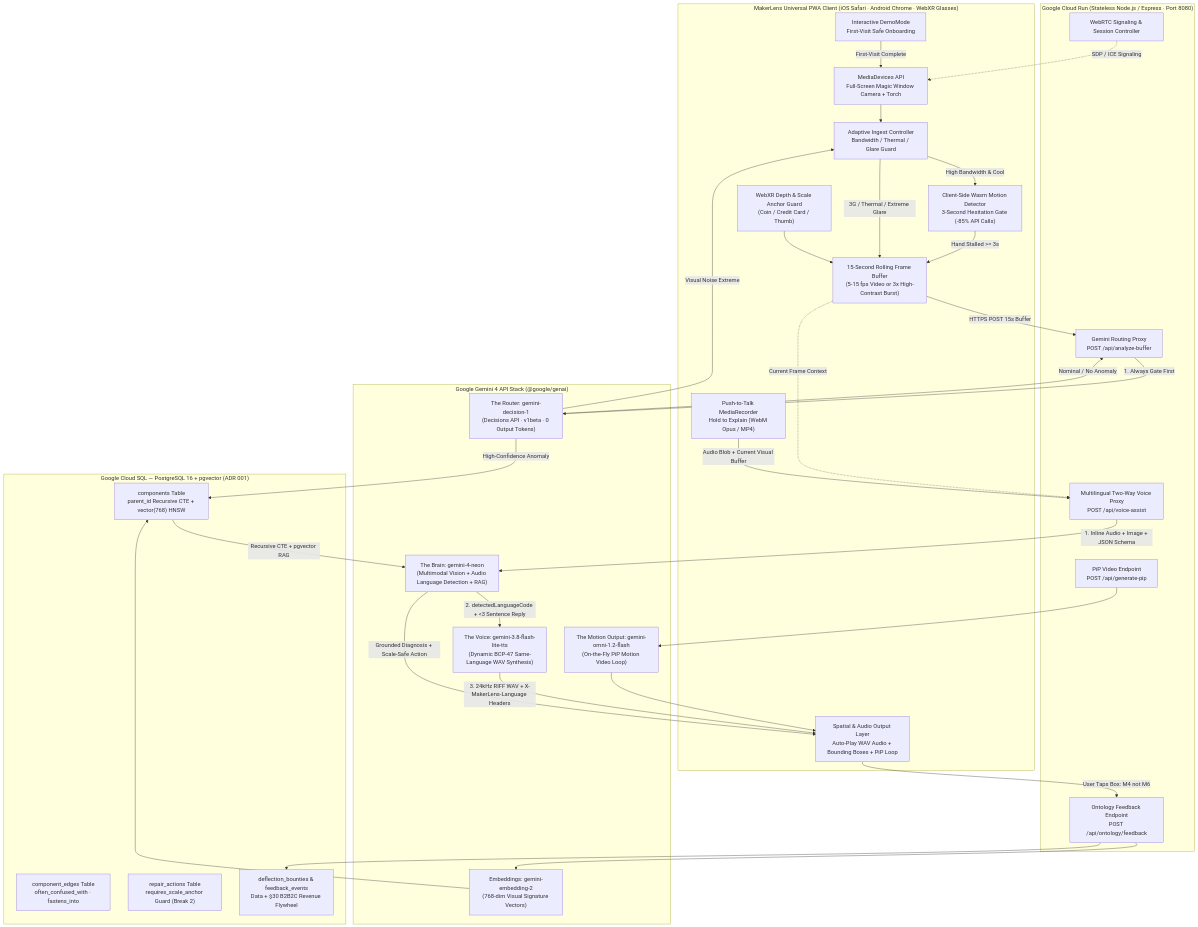
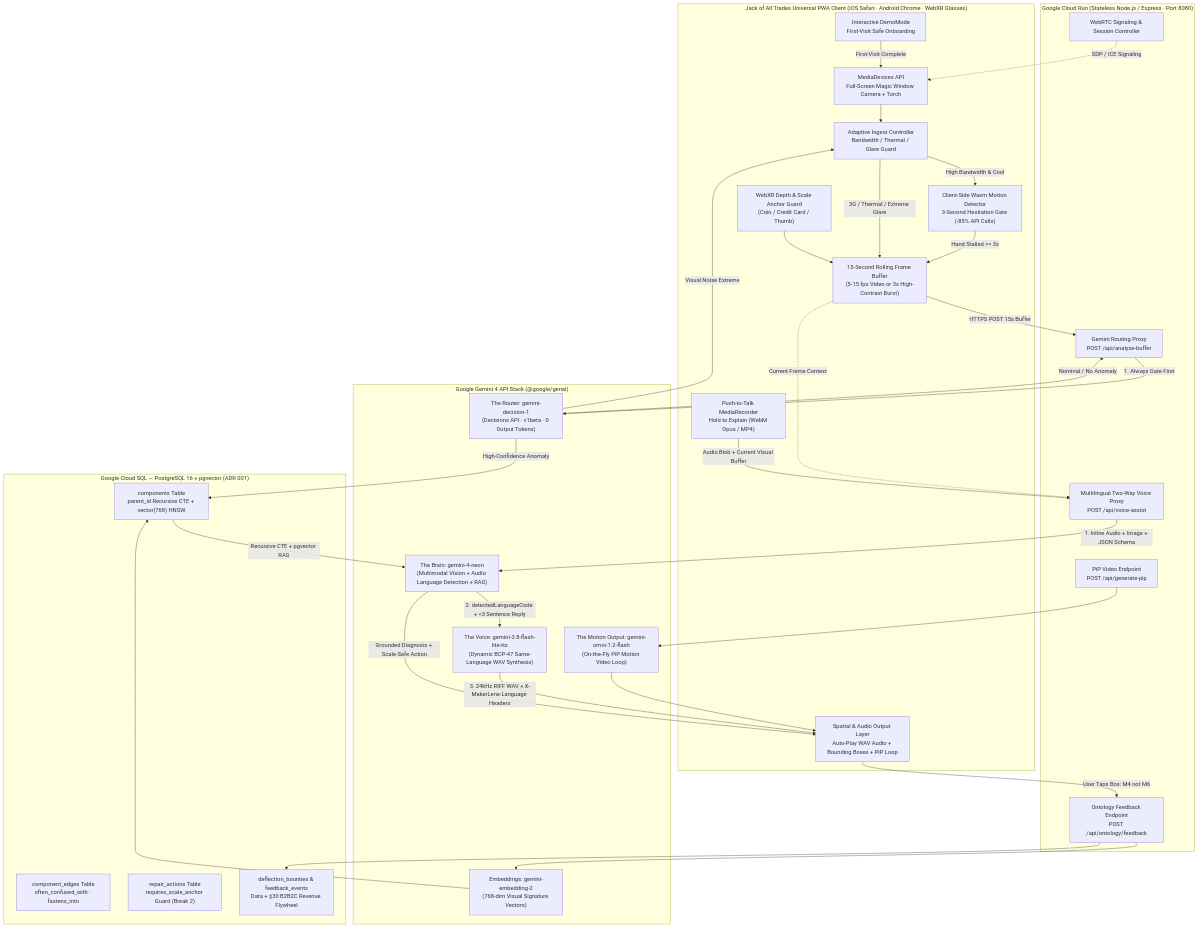
Before and after one commit to ithllc/JackOfAllTrades: the first of 5 diagrams in docs/ARCHITECTURE.md, drawn with Mermaid. The commit also changed other lines of this file and 21 other files, not shown here.

First line of the commit message:
chore: rebrand project to Jack of All Trades

````diff
--- a/docs/ARCHITECTURE.md
+++ b/docs/ARCHITECTURE.md
@@ -11,63 +12,63 @@
 ```mermaid
 flowchart TB
-    subgraph Client["MakerLens Universal PWA Client (iOS Safari · Android Chrome · WebXR Glasses)"]
+    subgraph Client["Jack of All Trades Universal PWA Client (iOS Safari · Android Chrome · WebXR Glasses)"]
         DEMO["Interactive DemoMode\nFirst-Visit Safe Onboarding"]
         CAM["MediaDevices API\nFull-Screen Magic Window Camera + Torch"]
         MIC["Push-to-Talk MediaRecorder\nHold to Explain (WebM Opus / MP4)"]
         NET["Adaptive Ingest Controller\nBandwidth / Thermal / Glare Guard"]
         WASM["Client-Side Wasm Motion Detector\n3-Second Hesitation Gate (-85% API Calls)"]
         RING["15-Second Rolling Frame Buffer\n(5-15 fps Video or 3x High-Contrast Burst)"]
         ANCHOR["WebXR Depth & Scale Anchor Guard\n(Coin / Credit Card / Thumb)"]
         PIP["Spatial & Audio Output Layer\nAuto-Play WAV Audio + Bounding Boxes + PiP Loop"]
     end
 
     subgraph CloudRun["Google Cloud Run (Stateless Node.js / Express · Port 8080)"]
         SIG["WebRTC Signaling & Session Controller"]
         PROXY["Gemini Routing Proxy\nPOST /api/analyze-buffer"]
         VOICEAPI["Multilingual Two-Way Voice Proxy\nPOST /api/voice-assist"]
         PIPAPI["PiP Video Endpoint\nPOST /api/generate-pip"]
         FBAPI["Ontology Feedback Endpoint\nPOST /api/ontology/feedback"]
     end
 
     subgraph Gemini4["Google Gemini 4 API Stack (@google/genai)"]
         DEC["The Router: gemini-decision-1\n(Decisions API · v1beta · 0 Output Tokens)"]
         NEON["The Brain: gemini-4-neon\n(Multimodal Vision + Audio Language Detection + RAG)"]
         TTS["The Voice: gemini-3.8-flash-lite-tts\n(Dynamic BCP-47 Same-Language WAV Synthesis)"]
         OMNI["The Motion Output: gemini-omni-1.2-flash\n(On-the-Fly PiP Motion Video Loop)"]
         EMB["Embeddings: gemini-embedding-2\n(768-dim Visual Signature Vectors)"]
     end
 
     subgraph CloudSQL["Google Cloud SQL — PostgreSQL 16 + pgvector (ADR 001)"]
         COMP["components Table\nparent_id Recursive CTE + vector(768) HNSW"]
         EDGES["component_edges Table\noften_confused_with · fastens_into"]
         ACT["repair_actions Table\nrequires_scale_anchor Guard (Break 2)"]
         BOUNTY["deflection_bounties & feedback_events\nData + $30 B2B2C Revenue Flywheel"]
     end
 
     DEMO -->|First-Visit Complete| CAM
     CAM --> NET
     NET -->|High Bandwidth & Cool| WASM
     NET -->|3G / Thermal / Extreme Glare| RING
     WASM -->|Hand Stalled >= 3s| RING
     ANCHOR --> RING
     RING -->|HTTPS POST 15s Buffer| PROXY
 
     MIC -->|Audio Blob + Current Visual Buffer| VOICEAPI
     RING -.->|Current Frame Context| VOICEAPI
     VOICEAPI -->|1. Inline Audio + Image + JSON Schema| NEON
     NEON -->|2. detectedLanguageCode + <3 Sentence Reply| TTS
     TTS -->|3. 24kHz RIFF WAV + X-MakerLens-Language Headers| PIP
 
     PROXY -->|1. Always Gate First| DEC
     DEC -->|Nominal / No Anomaly| PROXY
     DEC -->|Visual Noise Extreme| NET
     DEC -->|High-Confidence Anomaly| COMP
     COMP -->|Recursive CTE + pgvector RAG| NEON
     NEON -->|Grounded Diagnosis + Scale-Safe Action| PIP
     PIPAPI --> OMNI --> PIP
 
     PIP -->|User Taps Box: M4 not M6| FBAPI
     FBAPI --> EMB --> COMP
     FBAPI --> BOUNTY
     SIG -.->|SDP / ICE Signaling| CAM
 ```
````
